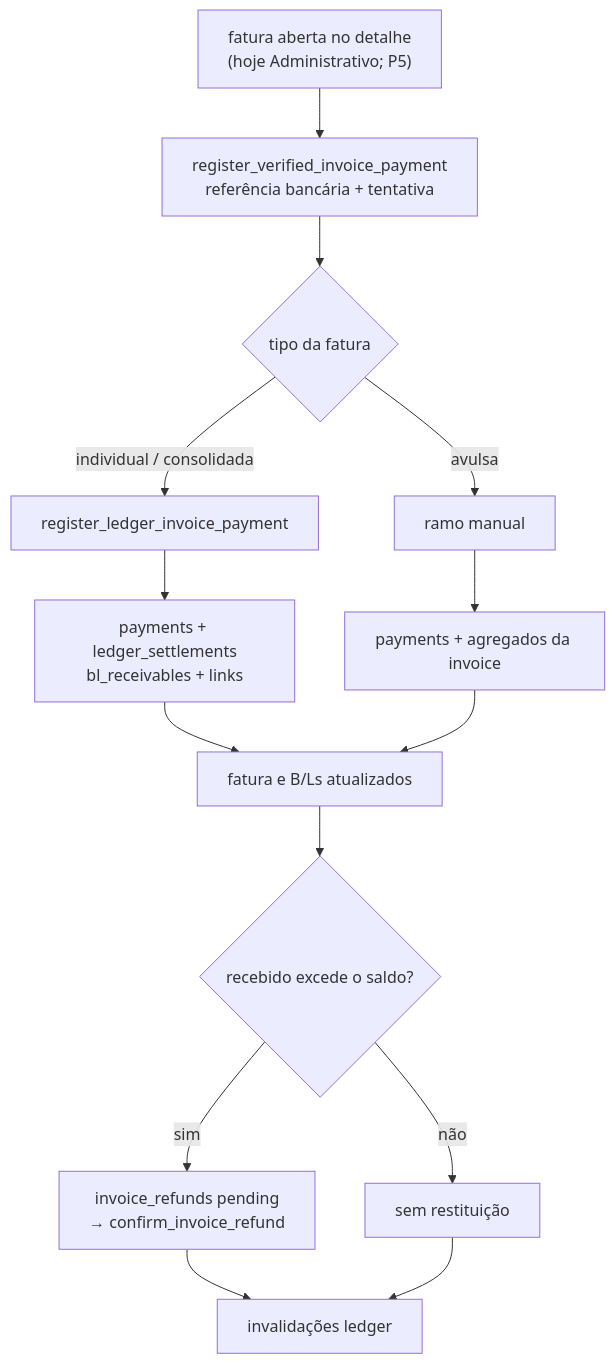
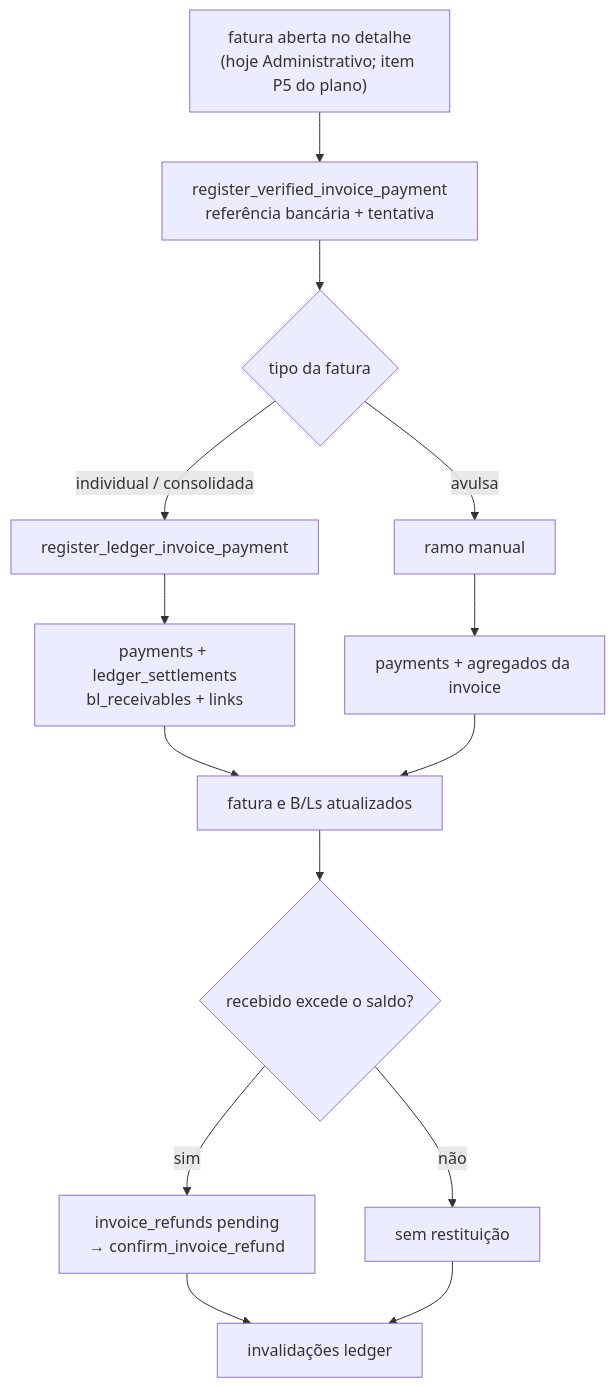
The diagram in docs/modules/faturamento.md (luccafwlog/vela), drawn with Mermaid before and after one commit. The commit also changed other lines of this file and 21 other files, not shown here.

````diff
--- a/docs/modules/faturamento.md
+++ b/docs/modules/faturamento.md
@@ -713,16 +713,16 @@
 ```mermaid
 flowchart TD
-    Open["fatura aberta no detalhe<br/>(hoje Administrativo; P5)"] --> Verified["register_verified_invoice_payment<br/>referência bancária + tentativa"]
+    Open["fatura aberta no detalhe<br/>(hoje Administrativo; item P5 do plano)"] --> Verified["register_verified_invoice_payment<br/>referência bancária + tentativa"]
     Verified --> Decide{"tipo da fatura"}
     Decide -->|"individual / consolidada"| Ledger["register_ledger_invoice_payment"]
     Decide -->|avulsa| Manual["ramo manual"]
     Ledger --> LWrite["payments + ledger_settlements<br/>bl_receivables + links"]
     Manual --> GWrite["payments + agregados da invoice"]
     LWrite --> Sync["fatura e B/Ls atualizados"]
     GWrite --> Sync
     Sync --> Refund{"recebido excede o saldo?"}
     Refund -->|sim| RefundRow["invoice_refunds pending<br/>→ confirm_invoice_refund"]
     Refund -->|não| NoRefund["sem restituição"]
     RefundRow --> Cache["invalidações ledger"]
     NoRefund --> Cache
 ```
````
